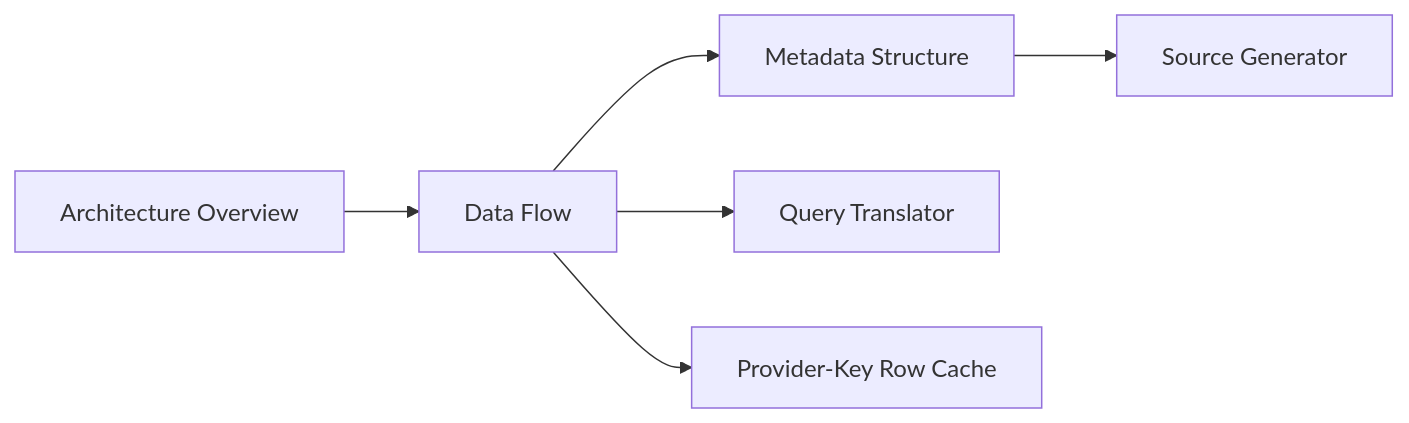
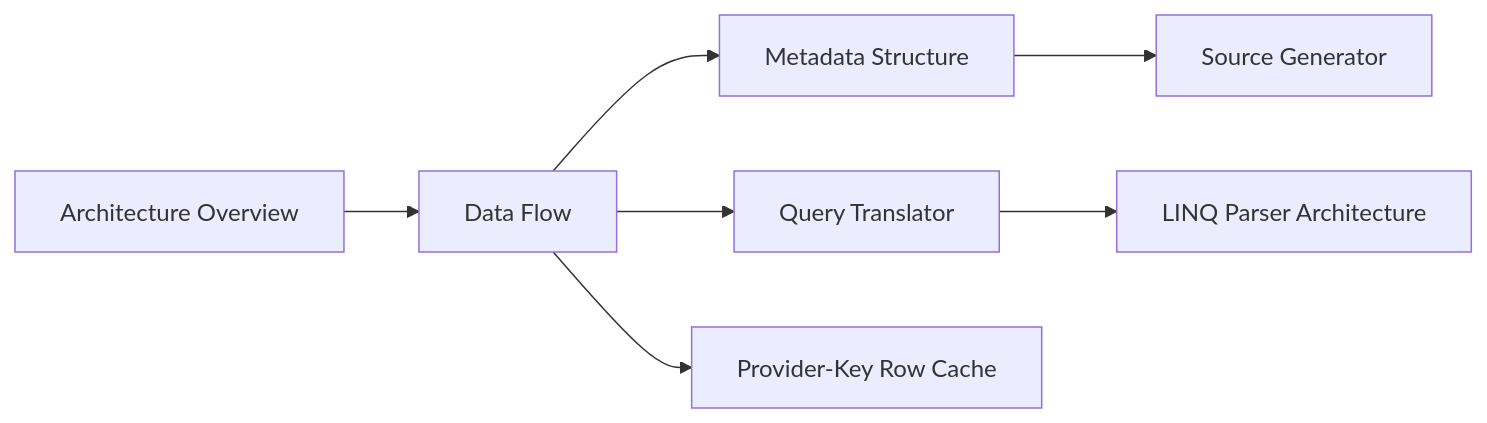
Before and after one commit to bazer/DataLinq: the diagram in docs/internals/index.md, drawn with Mermaid. The commit also changed other lines of this file and 12 other files, not shown here.

First line of the commit message:
Document LINQ parser architecture

````diff
--- a/docs/internals/index.md
+++ b/docs/internals/index.md
@@ -9,8 +9,9 @@
 ```mermaid
 flowchart LR
     A["Architecture Overview"] --> B["Data Flow"]
     B --> C["Metadata Structure"]
     C --> D["Source Generator"]
     B --> E["Query Translator"]
-    B --> F["Provider-Key Row Cache"]
+    E --> F["LINQ Parser Architecture"]
+    B --> G["Provider-Key Row Cache"]
 ```
````
